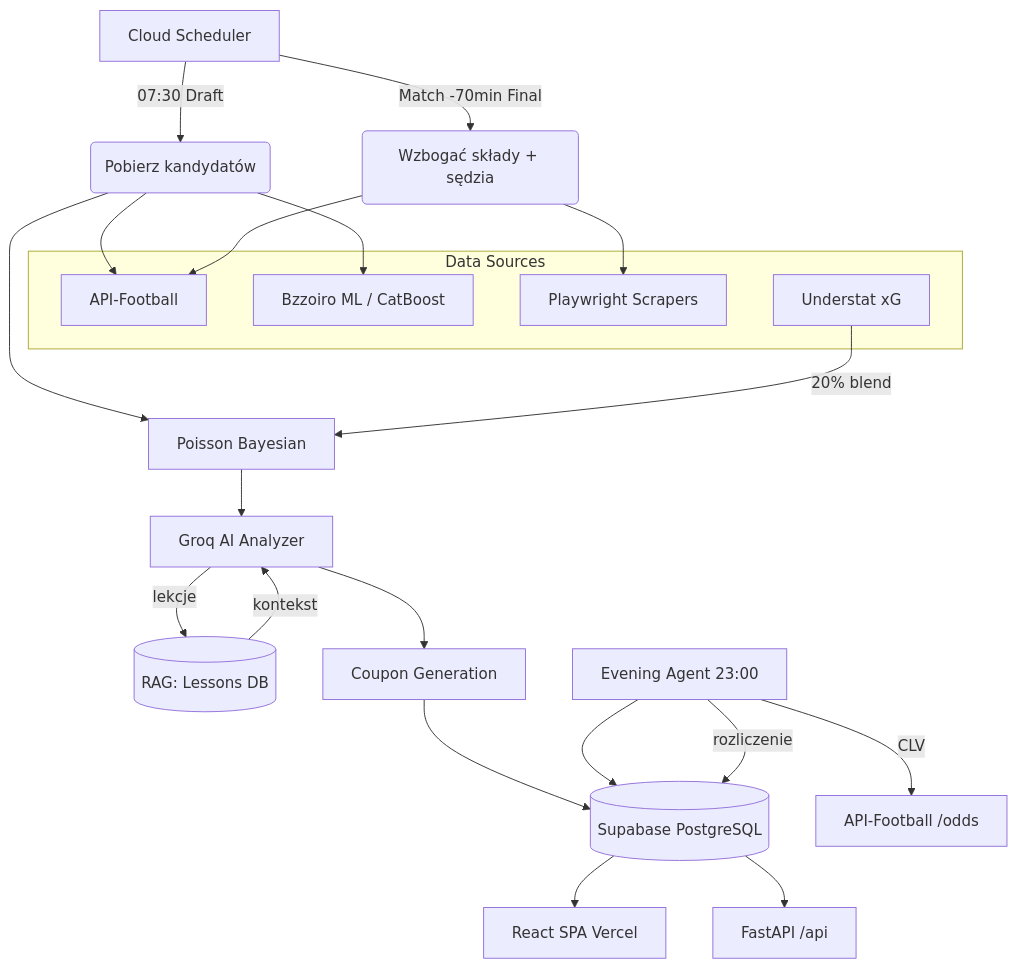
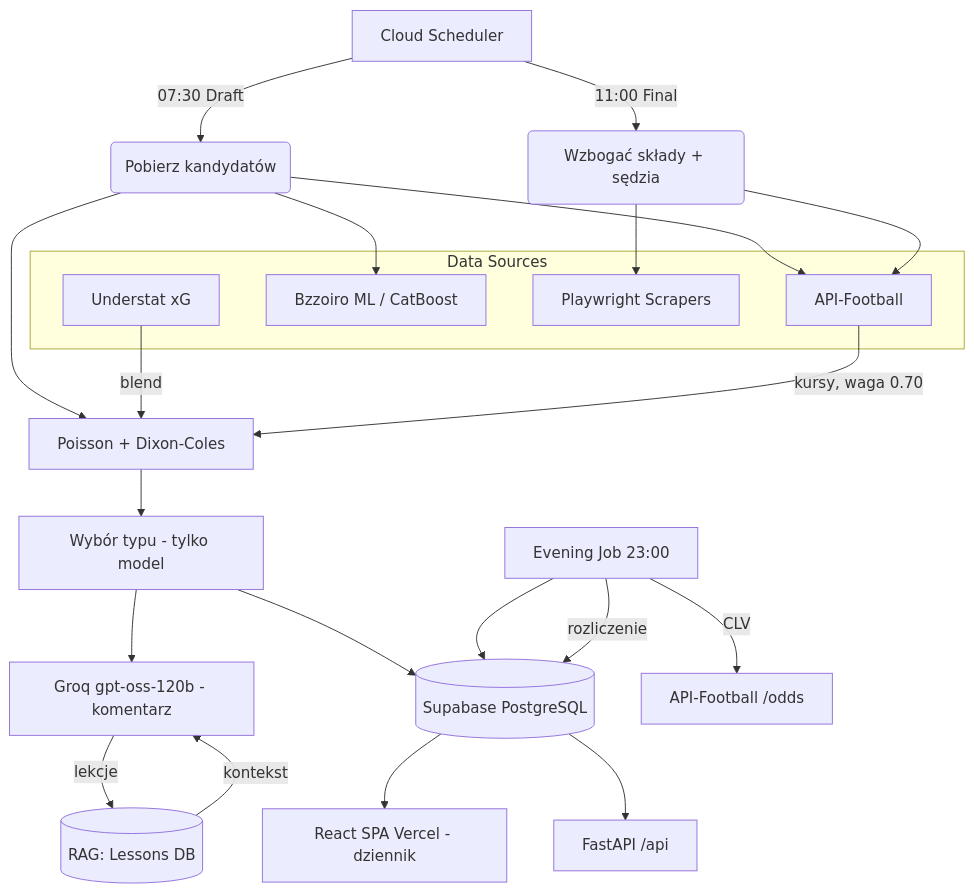
The diagram in README.pl.md (Gwiazdka09/Footstats), drawn with Mermaid before and after one commit. The commit also changed other lines of this file and 1 other file, not shown here.

````diff
--- a/README.pl.md
+++ b/README.pl.md
@@ -47,31 +47,32 @@
 ```mermaid
 graph TD
     A[Cloud Scheduler] -->|07:30 Draft| B(Pobierz kandydatów)
-    A -->|Match -70min Final| C(Wzbogać składy + sędzia)
+    A -->|11:00 Final| C(Wzbogać składy + sędzia)
 
     subgraph "Data Sources"
         D[API-Football]
         E[Bzzoiro ML / CatBoost]
         F[Playwright Scrapers]
         G[Understat xG]
     end
 
     B --> D & E
     C --> F & D
 
-    B --> H[Poisson Bayesian]
-    G -->|20% blend| H
-    H --> I[Groq AI Analyzer]
+    B --> H[Poisson + Dixon-Coles]
+    G -->|blend| H
+    D -->|kursy, waga 0.70| H
+    H --> K[Wybór typu - tylko model]
+    K --> I[Groq gpt-oss-120b - komentarz]
 
     I -->|lekcje| J[(RAG: Lessons DB)]
     J -->|kontekst| I
-    I --> K[Coupon Generation]
 
     K --> L[(Supabase PostgreSQL)]
-    L --> M[React SPA Vercel]
+    L --> M[React SPA Vercel - dziennik]
     L --> N[FastAPI /api]
 
-    O[Evening Agent 23:00] --> L
+    O[Evening Job 23:00] --> L
     O -->|CLV| P[API-Football /odds]
     O -->|rozliczenie| L
 ```
````
